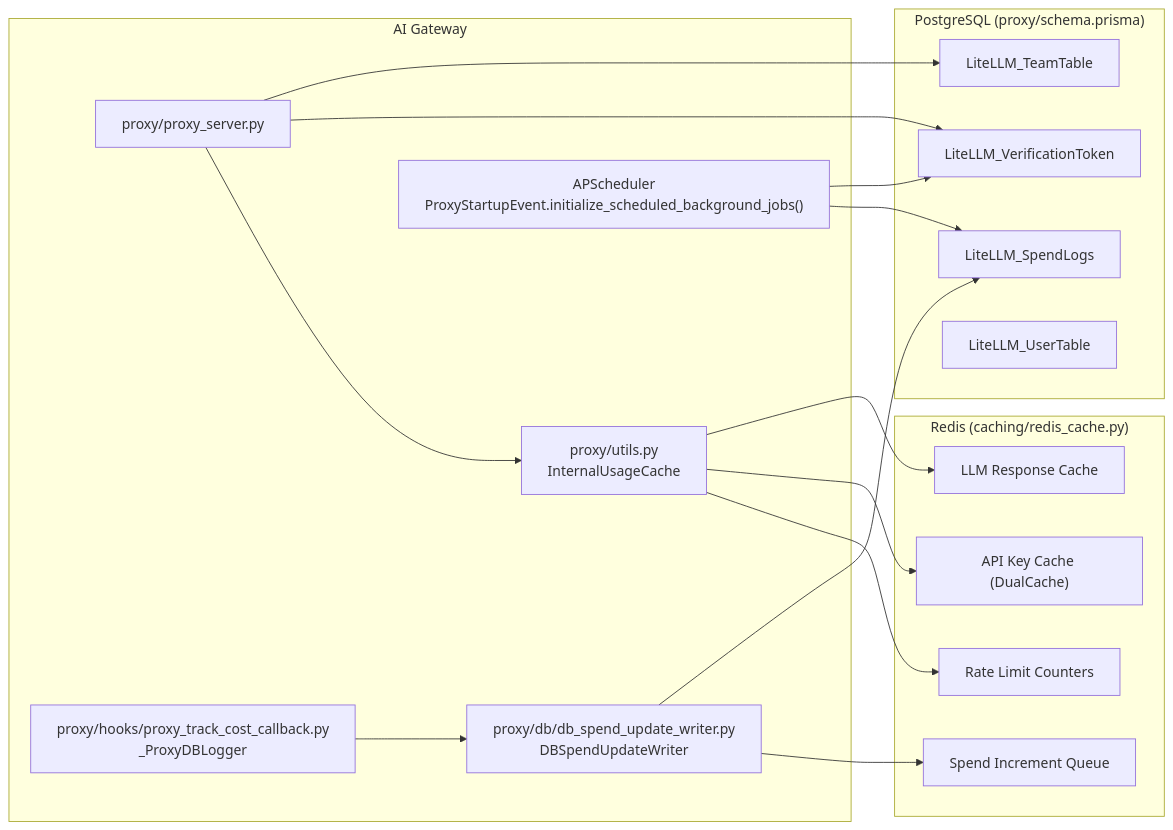
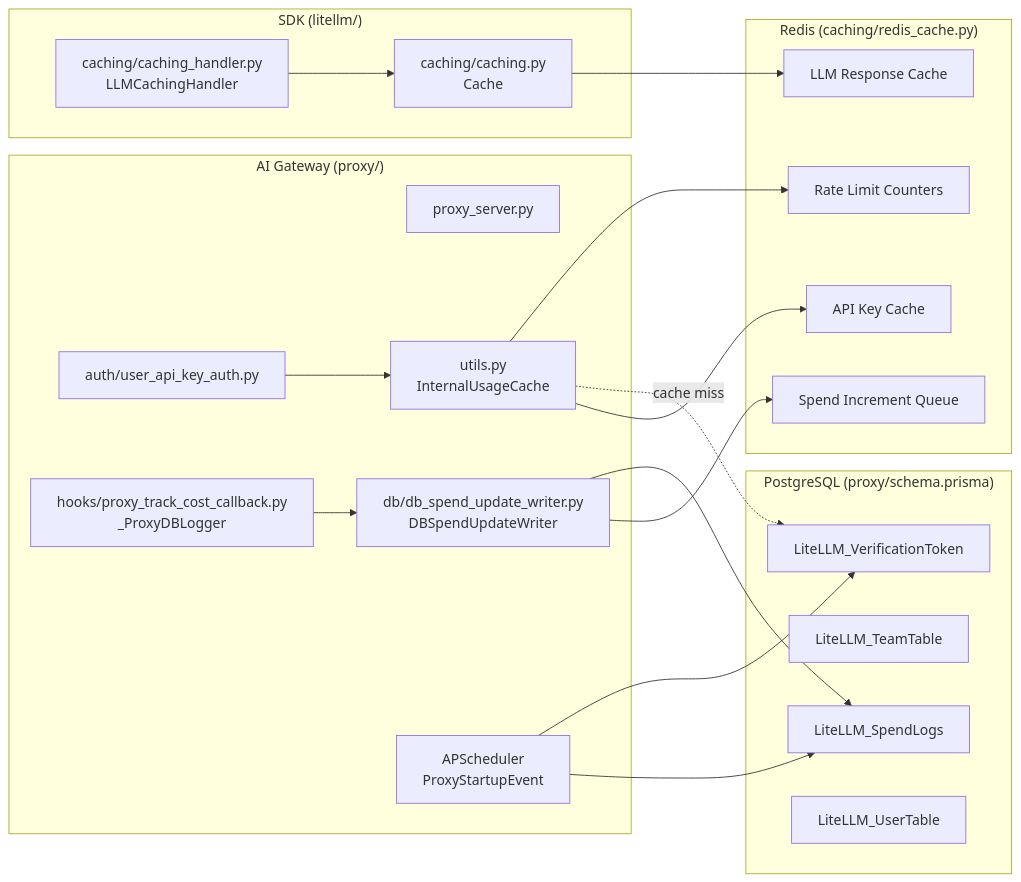
The third of 4 diagrams in ARCHITECTURE.md (BerriAI/litellm), drawn with Mermaid before and after one commit. The commit also changed other lines of this file, not shown here.

````diff
--- a/ARCHITECTURE.md
+++ b/ARCHITECTURE.md
@@ -150,36 +149,42 @@
 ```mermaid
 graph LR
-    subgraph "AI Gateway"
-        Proxy["proxy/proxy_server.py"]
-        DBWriter["proxy/db/db_spend_update_writer.py<br/>DBSpendUpdateWriter"]
-        Cache["proxy/utils.py<br/>InternalUsageCache"]
-        CostCallback["proxy/hooks/proxy_track_cost_callback.py<br/>_ProxyDBLogger"]
-        Scheduler["APScheduler<br/>ProxyStartupEvent.initialize_scheduled_background_jobs()"]
+    subgraph "AI Gateway (proxy/)"
+        Proxy["proxy_server.py"]
+        Auth["auth/user_api_key_auth.py"]
+        DBWriter["db/db_spend_update_writer.py<br/>DBSpendUpdateWriter"]
+        InternalCache["utils.py<br/>InternalUsageCache"]
+        CostCallback["hooks/proxy_track_cost_callback.py<br/>_ProxyDBLogger"]
+        Scheduler["APScheduler<br/>ProxyStartupEvent"]
+    end
+
+    subgraph "SDK (litellm/)"
+        LLMCache["caching/caching_handler.py<br/>LLMCachingHandler"]
+        CacheClass["caching/caching.py<br/>Cache"]
     end
 
     subgraph "Redis (caching/redis_cache.py)"
         RateLimit["Rate Limit Counters"]
         SpendQueue["Spend Increment Queue"]
-        KeyCache["API Key Cache (DualCache)"]
-        ResponseCache["LLM Response Cache"]
+        KeyCache["API Key Cache"]
+        LLMResponseCache["LLM Response Cache"]
     end
 
     subgraph "PostgreSQL (proxy/schema.prisma)"
         Keys["LiteLLM_VerificationToken"]
         Teams["LiteLLM_TeamTable"]
         SpendLogs["LiteLLM_SpendLogs"]
         Users["LiteLLM_UserTable"]
     end
 
-    Proxy --> Cache
-    Cache --> RateLimit
-    Cache --> KeyCache
-    Cache --> ResponseCache
+    Auth --> InternalCache
+    InternalCache --> KeyCache
+    InternalCache -.->|cache miss| Keys
+    InternalCache --> RateLimit
+    LLMCache --> CacheClass
+    CacheClass --> LLMResponseCache
     CostCallback --> DBWriter
     DBWriter --> SpendQueue
     DBWriter --> SpendLogs
-    Proxy --> Keys
-    Proxy --> Teams
     Scheduler --> SpendLogs
     Scheduler --> Keys
 ```
````
